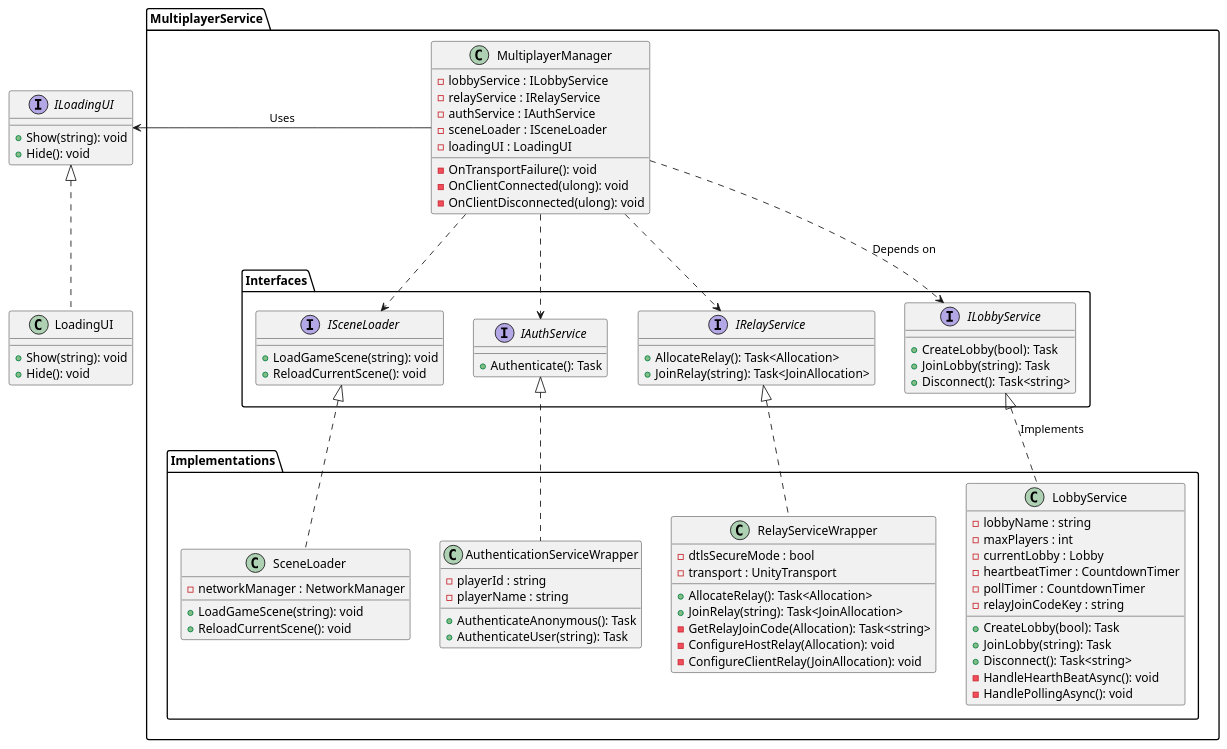
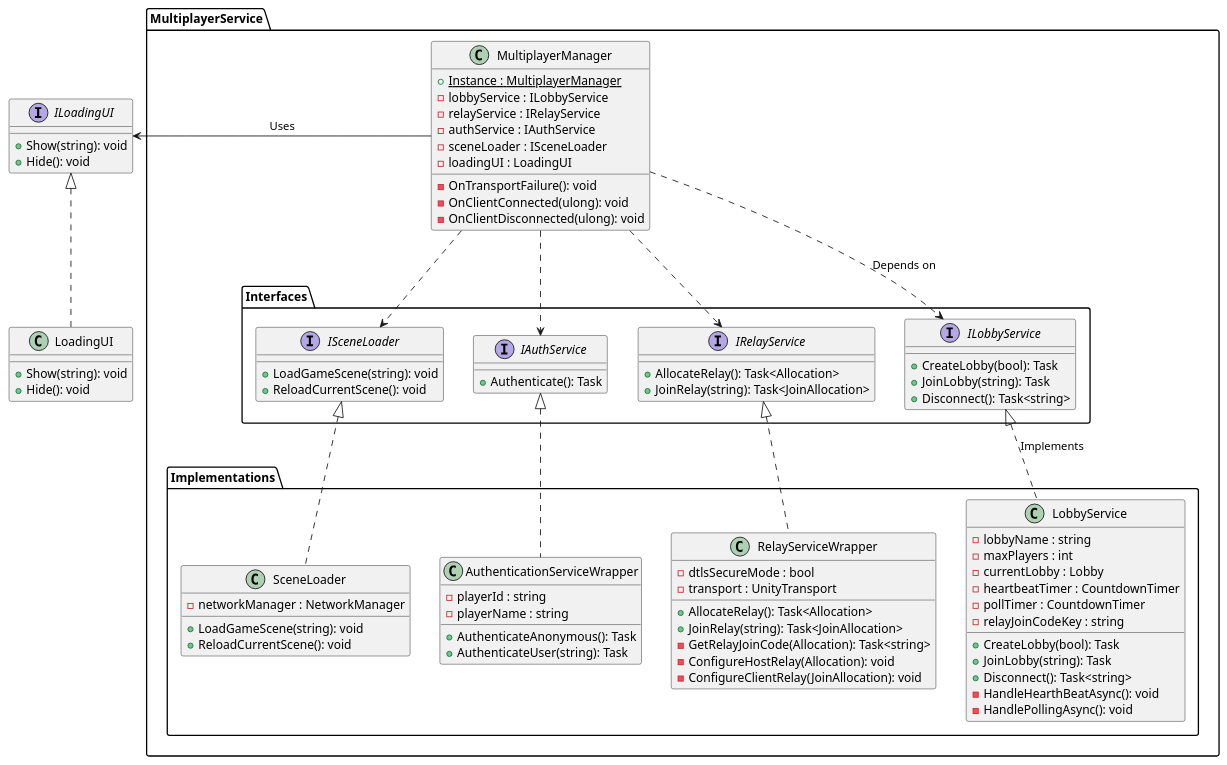
Before and after one commit to Bachelor-Parallax/Parallax: the diagram in Diagrams/Multiplayer/MultiplayerCD.puml, drawn with PlantUML.

```diff
--- a/Diagrams/Multiplayer/MultiplayerCD.puml
+++ b/Diagrams/Multiplayer/MultiplayerCD.puml
@@ -1,117 +1,118 @@
 @startuml Multiplayer CD
 
 package "MultiplayerService" {
 
     package "Interfaces" {
         interface ILobbyService
         {
             + CreateLobby(bool): Task
             + JoinLobby(string): Task
             + Disconnect(): Task<string>
         }
 
         interface IRelayService
         {
             + AllocateRelay(): Task<Allocation>
             + JoinRelay(string): Task<JoinAllocation>
         }
 
         interface IAuthService
         {
             + Authenticate(): Task
         }
 
         interface ISceneLoader
         {
             + LoadGameScene(string): void
             + ReloadCurrentScene(): void
         }
     }
 
     package "Implementations" {
         class LobbyService
         {
             - lobbyName : string
             - maxPlayers : int
             - currentLobby : Lobby
             - heartbeatTimer : CountdownTimer
             - pollTimer : CountdownTimer
             - relayJoinCodeKey : string
             
             + CreateLobby(bool): Task
             + JoinLobby(string): Task
             + Disconnect(): Task<string>
             - HandleHearthBeatAsync(): void
             - HandlePollingAsync(): void
         }
 
         class RelayServiceWrapper
         {
             - dtlsSecureMode : bool
             - transport : UnityTransport
 
             + AllocateRelay(): Task<Allocation>
             + JoinRelay(string): Task<JoinAllocation>
             - GetRelayJoinCode(Allocation): Task<string>
             - ConfigureHostRelay(Allocation): void
             - ConfigureClientRelay(JoinAllocation): void
         }
 
         class AuthenticationServiceWrapper
         {
             - playerId : string
             - playerName : string
 
             + AuthenticateAnonymous(): Task
             + AuthenticateUser(string): Task
         }
 
         class SceneLoader
         {
             - networkManager : NetworkManager
 
             + LoadGameScene(string): void
             + ReloadCurrentScene(): void
         }
     }
 
     class MultiplayerManager
     {
+        + Instance : MultiplayerManager {static}
         - lobbyService : ILobbyService
         - relayService : IRelayService
         - authService : IAuthService
         - sceneLoader : ISceneLoader
         - loadingUI : LoadingUI
 
         - OnTransportFailure(): void
         - OnClientConnected(ulong): void
         - OnClientDisconnected(ulong): void
     }
 }
 
 interface ILoadingUI
 {
     + Show(string): void
     + Hide(): void
 }
 
 class LoadingUI
 {
     + Show(string): void
     + Hide(): void
 }
 
 MultiplayerManager ..down> ILobbyService : Depends on
 MultiplayerManager ..down> IRelayService
 MultiplayerManager ..down> IAuthService
 MultiplayerManager ..down> ISceneLoader
 
 MultiplayerManager --left> ILoadingUI : Uses
 
 LobbyService ..up|> ILobbyService : Implements
 RelayServiceWrapper ..up|> IRelayService
 AuthenticationServiceWrapper ..up|> IAuthService
 SceneLoader ..up|> ISceneLoader
 LoadingUI ..up|> ILoadingUI
 
 @enduml
```
